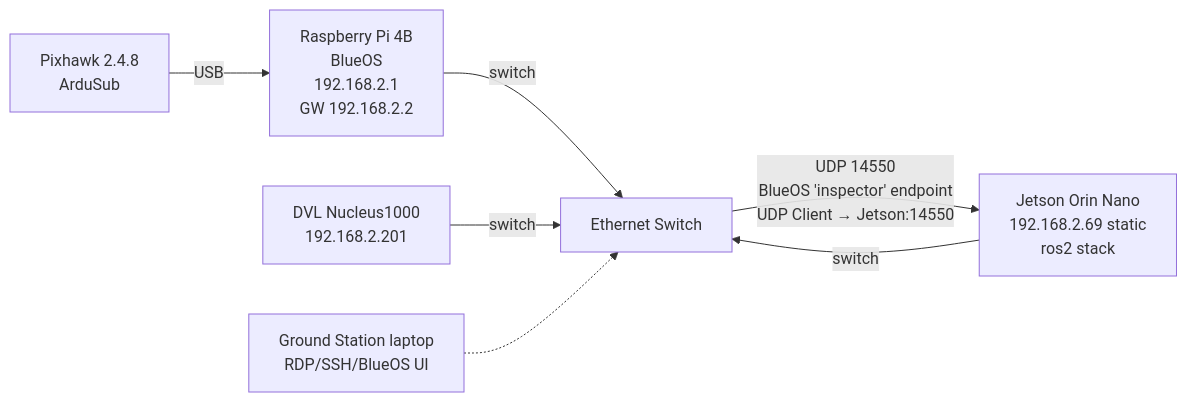
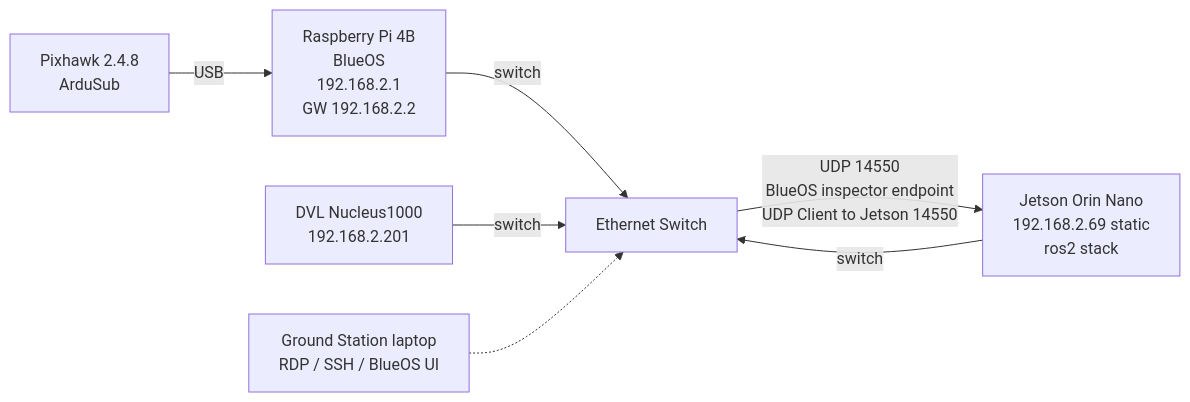
One commit to fh1m/duburi_ws changed the fourth of 5 diagrams in README.md. Above: the diagram before and after it, drawn with Mermaid. The commit also changed other lines of this file and 1 other file, not shown here.

````diff
--- a/README.md
+++ b/README.md
@@ -281,9 +404,9 @@
 ```mermaid
 flowchart LR
     Pix["Pixhawk 2.4.8<br/>ArduSub"] -- USB --> Pi["Raspberry Pi 4B<br/>BlueOS<br/>192.168.2.1<br/>GW 192.168.2.2"]
     Pi -- switch --> Sw["Ethernet Switch"]
     Jet["Jetson Orin Nano<br/>192.168.2.69 static<br/>ros2 stack"] -- switch --> Sw
     DVL["DVL Nucleus1000<br/>192.168.2.201"] -- switch --> Sw
-    Sw -- "UDP 14550<br/>BlueOS 'inspector' endpoint<br/>UDP Client → Jetson:14550" --> Jet
-    GS["Ground Station laptop<br/>RDP/SSH/BlueOS UI"] -.-> Sw
+    Sw -- "UDP 14550<br/>BlueOS inspector endpoint<br/>UDP Client to Jetson 14550" --> Jet
+    GS["Ground Station laptop<br/>RDP / SSH / BlueOS UI"] -.-> Sw
 ```
````
